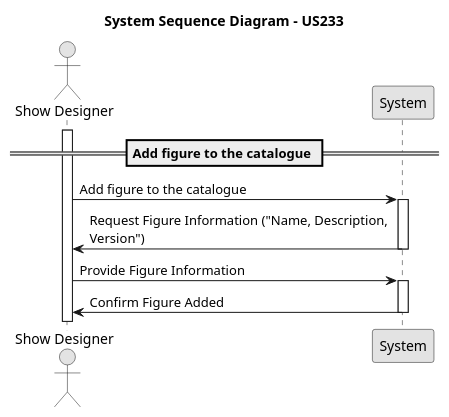
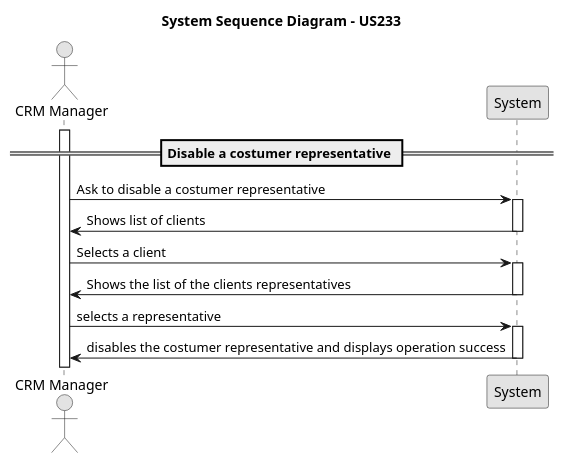
Before and after one commit to rubenFreitas1/ISEP-LAPR4-2024-2025: the diagram in docs/Sprint2/us_224/diagrams/system-sequence-diagram-US224.puml, drawn with PlantUML. The commit also changed 2 other files, not shown here.

Commit message:
made SSD(system sequence diagram) for us224 #79

```diff
--- a/docs/Sprint2/us_224/diagrams/system-sequence-diagram-US224.puml
+++ b/docs/Sprint2/us_224/diagrams/system-sequence-diagram-US224.puml
@@ -1,28 +1,32 @@
 @startuml
 skinparam monochrome true
 skinparam packageStyle rectangle
 skinparam shadowing false
 
-actor "Show Designer" as showDesigner
+actor "CRM Manager" as crmManager
 participant "System" as system
 
 title System Sequence Diagram - US233
 
-== Add figure to the catalogue ==
-activate showDesigner
+== Disable a costumer representative ==
+activate crmManager
 
-showDesigner -> system : Add figure to the catalogue
-activate system
+    crmManager -> system : Ask to disable a costumer representative
+    activate system
 
-system -> showDesigner : Request Figure Information ("Name, Description, \nVersion")
-deactivate system
-showDesigner -> system : Provide Figure Information
+        system -> crmManager : Shows list of clients
+    deactivate system
 
-activate system
+    crmManager -> system : Selects a client
+    activate system
 
-system -> showDesigner : Confirm Figure Added
-deactivate system
+        system -> crmManager : Shows the list of the clients representatives
+    deactivate system
 
+    crmManager -> system : selects a representative
+    activate system
 
+        system -> crmManager : disables the costumer representative and displays operation success
+    deactivate system
 
 @enduml
```
